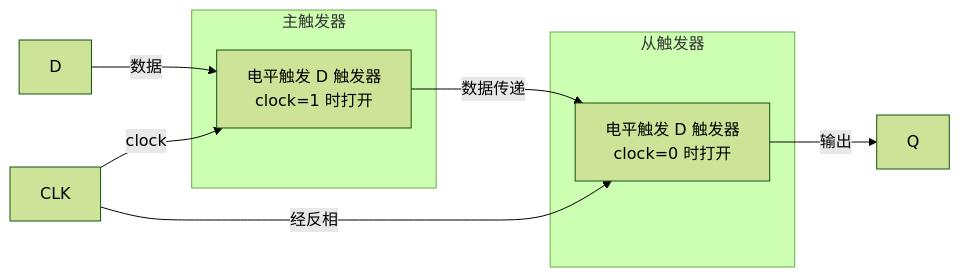
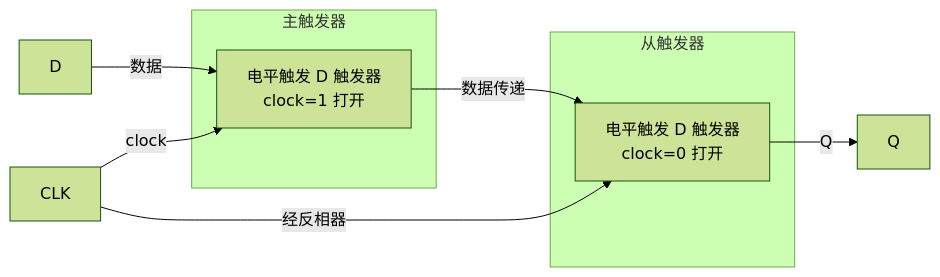
The diagram in 7-应用与数学/数字电子技术基础/第14讲 电平触发与主从触发器.md (Koren-cy/Athena), drawn with Mermaid (forest theme) before and after one commit. The commit also changed other lines of this file and 8 other files, not shown here.

````diff
--- a/7-应用与数学/数字电子技术基础/第14讲 电平触发与主从触发器.md
+++ b/7-应用与数学/数字电子技术基础/第14讲 电平触发与主从触发器.md
@@ -139,14 +148,14 @@
 ```mermaid
 flowchart LR
     subgraph 主触发器
-        M[电平触发 D 触发器<br/>clock=1 时打开]
+        M[电平触发 D 触发器<br/>clock=1 打开]
     end
     subgraph 从触发器
-        S[电平触发 D 触发器<br/>clock=0 时打开]
+        S[电平触发 D 触发器<br/>clock=0 打开]
     end
     D -- 数据 --> M
     M -- 数据传递 --> S
-    S -- 输出 --> Q
+    S -- Q --> Q[Q]
     CLK -- clock --> M
-    CLK -- 经反相 --> S
+    CLK -- 经反相器 --> S
 ```
````
